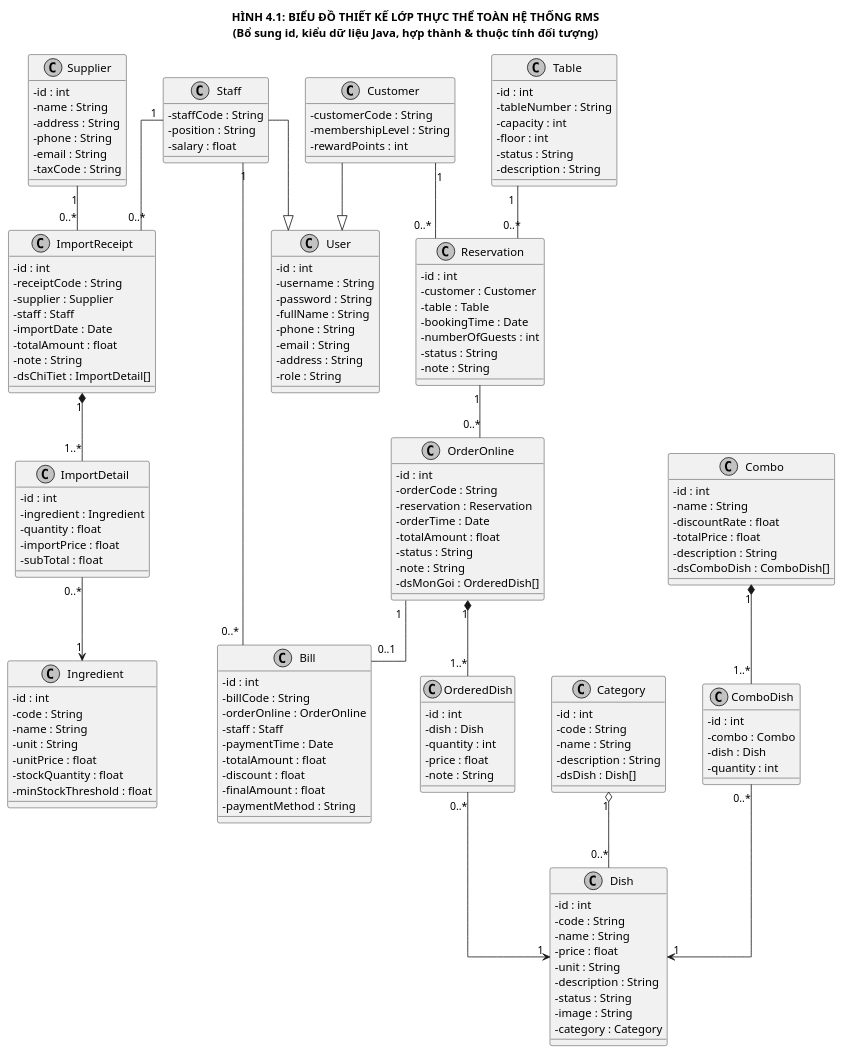
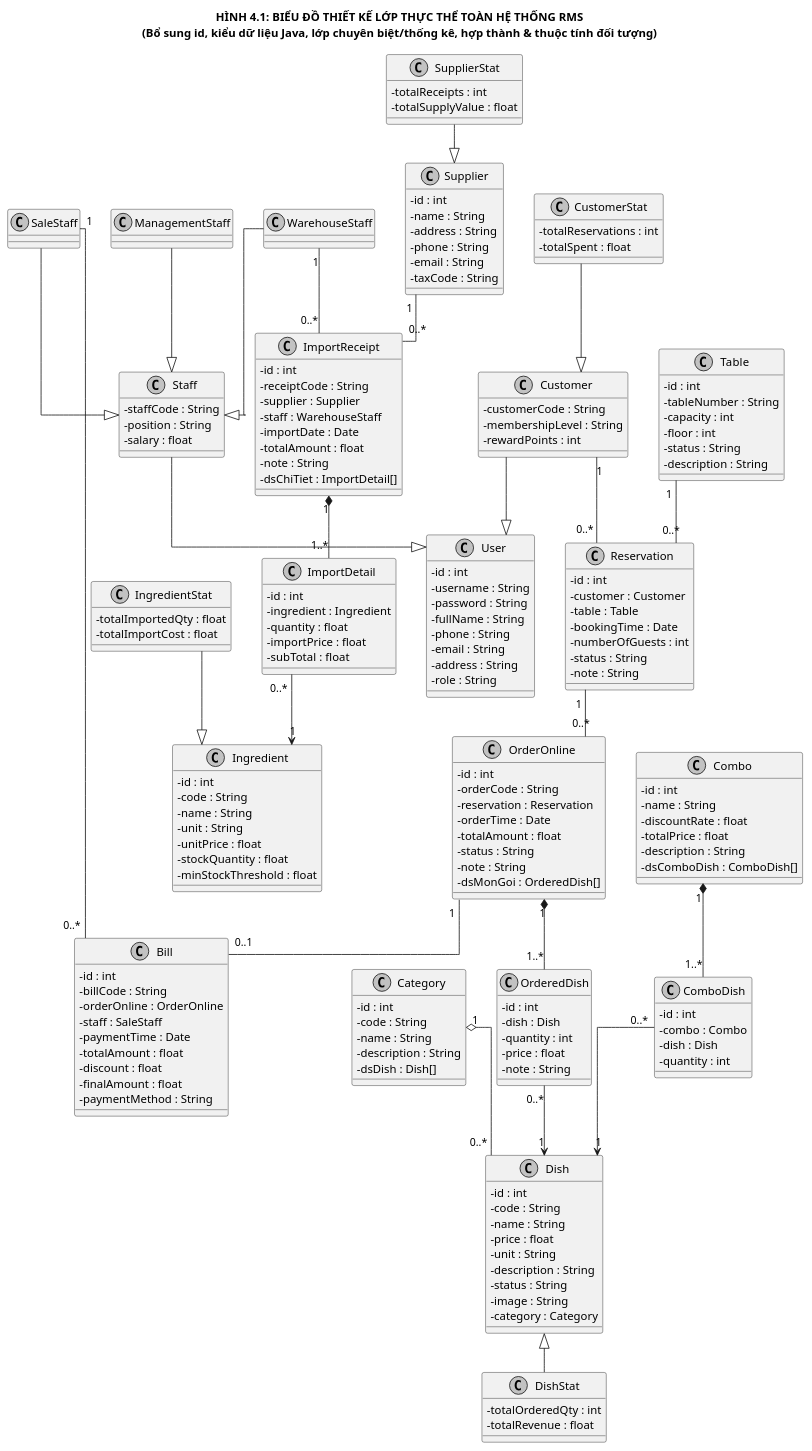
Before and after one commit to NEWBIE1005/RMS_RestaurantManagementSystem: the diagram in docs/plantuml/thiet_ke/Design_01_EntityClassDiagram.puml, drawn with PlantUML. The commit also changed 64 other files, not shown here.

```diff
--- a/docs/plantuml/thiet_ke/Design_01_EntityClassDiagram.puml
+++ b/docs/plantuml/thiet_ke/Design_01_EntityClassDiagram.puml
@@ -3,10 +3,10 @@
 skinparam monochrome true
 skinparam shadowing false
 skinparam linetype ortho
-skinparam nodesep 45
-skinparam ranksep 55
+skinparam nodesep 38
+skinparam ranksep 48
 
-title HÌNH 4.1: BIỂU ĐỒ THIẾT KẾ LỚP THỰC THỂ TOÀN HỆ THỐNG RMS\n(Bổ sung id, kiểu dữ liệu Java, hợp thành & thuộc tính đối tượng)
+title HÌNH 4.1: BIỂU ĐỒ THIẾT KẾ LỚP THỰC THỂ TOÀN HỆ THỐNG RMS\n(Bổ sung id, kiểu dữ liệu Java, lớp chuyên biệt/thống kê, hợp thành & thuộc tính đối tượng)
 
 class User {
     - id : int
@@ -25,10 +25,24 @@
     - salary : float
 }
 
+class ManagementStaff {
+}
+
+class WarehouseStaff {
+}
+
+class SaleStaff {
+}
+
 class Customer {
     - customerCode : String
     - membershipLevel : String
     - rewardPoints : int
+}
+
+class CustomerStat {
+    - totalReservations : int
+    - totalSpent : float
 }
 
 class Category {
@@ -49,6 +63,11 @@
     - status : String
     - image : String
     - category : Category
+}
+
+class DishStat {
+    - totalOrderedQty : int
+    - totalRevenue : float
 }
 
 class Combo {
@@ -109,7 +128,7 @@
     - id : int
     - billCode : String
     - orderOnline : OrderOnline
-    - staff : Staff
+    - staff : SaleStaff
     - paymentTime : Date
     - totalAmount : float
     - discount : float
@@ -127,6 +146,11 @@
     - minStockThreshold : float
 }
 
+class IngredientStat {
+    - totalImportedQty : float
+    - totalImportCost : float
+}
+
 class Supplier {
     - id : int
     - name : String
@@ -136,11 +160,16 @@
     - taxCode : String
 }
 
+class SupplierStat {
+    - totalReceipts : int
+    - totalSupplyValue : float
+}
+
 class ImportReceipt {
     - id : int
     - receiptCode : String
     - supplier : Supplier
-    - staff : Staff
+    - staff : WarehouseStaff
     - importDate : Date
     - totalAmount : float
     - note : String
@@ -157,6 +186,14 @@
 
 Staff --|> User
 Customer --|> User
+ManagementStaff --|> Staff
+WarehouseStaff --|> Staff
+SaleStaff --|> Staff
+
+CustomerStat --|> Customer
+Dish <|-- DishStat
+IngredientStat --|> Ingredient
+SupplierStat --|> Supplier
 
 Category "1" o-- "0..*" Dish
 Combo "1" *-- "1..*" ComboDish
@@ -170,10 +207,10 @@
 OrderedDish "0..*" --> "1" Dish
 
 OrderOnline "1" -- "0..1" Bill
-Staff "1" -- "0..*" Bill
+SaleStaff "1" -- "0..*" Bill
 
 Supplier "1" -- "0..*" ImportReceipt
-Staff "1" -- "0..*" ImportReceipt
+WarehouseStaff "1" -- "0..*" ImportReceipt
 ImportReceipt "1" *-- "1..*" ImportDetail
 ImportDetail "0..*" --> "1" Ingredient
 
```
